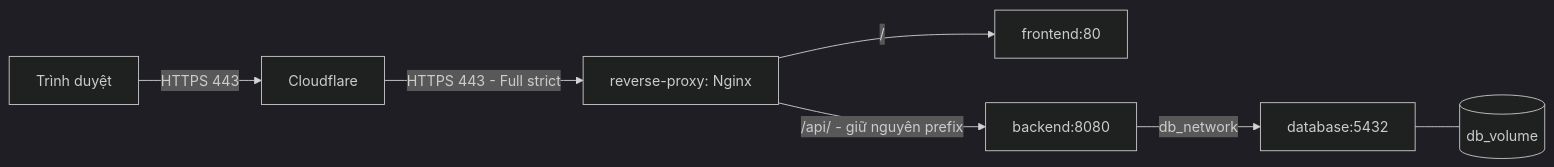
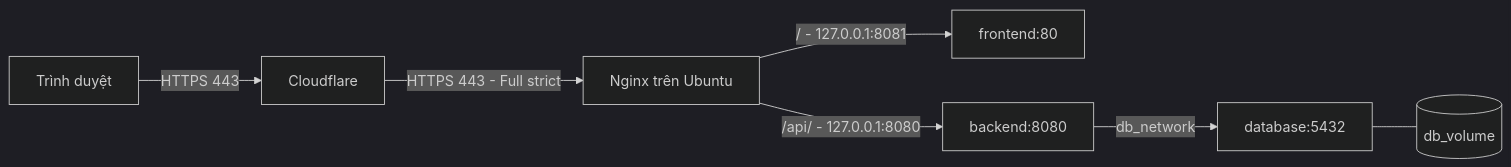
One commit to vanh985-coder/TechByte-Service-Desk changed the diagram in docs/nginx-server.md. Above: the diagram before and after it, drawn with Mermaid (dark theme). The commit also changed other lines of this file and 8 other files, not shown here.

Commit message:
Configure Ubuntu Nginx and update deployment

````diff
--- a/docs/nginx-server.md
+++ b/docs/nginx-server.md
@@ -15,9 +15,9 @@
 ```mermaid
 flowchart LR
     User[Trình duyệt] -->|HTTPS 443| CF[Cloudflare]
-    CF -->|HTTPS 443 - Full strict| N[reverse-proxy: Nginx]
-    N -->|/| FE[frontend:80]
-    N -->|/api/ - giữ nguyên prefix| BE[backend:8080]
+    CF -->|HTTPS 443 - Full strict| N[Nginx trên Ubuntu]
+    N -->|/ - 127.0.0.1:8081| FE[frontend:80]
+    N -->|/api/ - 127.0.0.1:8080| BE[backend:8080]
     BE -->|db_network| DB[database:5432]
     DB --- V[(db_volume)]
 ```
````
